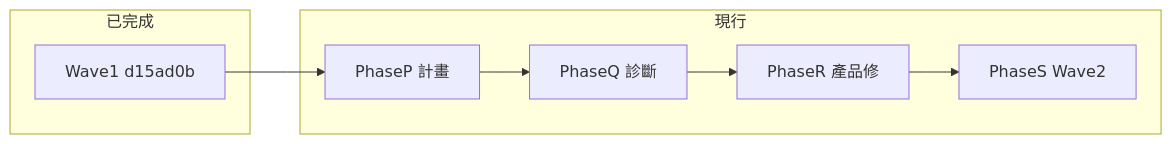
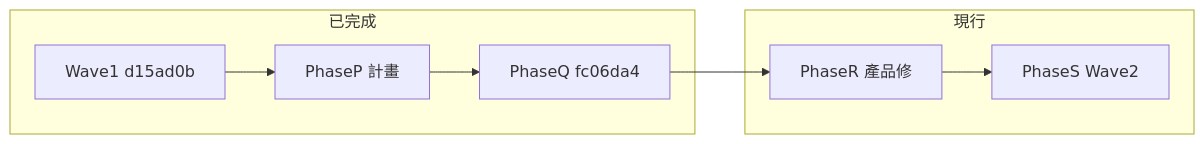
One commit to kratoswrathful-wy/talk-hanzi-joy changed the diagram in docs/CAT_EDITOR_NAV_PHASE_2_3Q_PLAYWRIGHT_PLAN.md. Above: the diagram before and after it, drawn with Mermaid. The commit also changed other lines of this file and 2 other files, not shown here.

First line of the commit message:
docs(cat-nav): 同步 Phase Q 結論與 Phase R 驗收門檻

````diff
--- a/docs/CAT_EDITOR_NAV_PHASE_2_3Q_PLAYWRIGHT_PLAN.md
+++ b/docs/CAT_EDITOR_NAV_PHASE_2_3Q_PLAYWRIGHT_PLAN.md
@@ -598,13 +598,13 @@
 ```mermaid
 flowchart LR
   subgraph done [已完成]
     W1[Wave1 d15ad0b]
+    P[PhaseP 計畫]
+    Q[PhaseQ fc06da4]
   end
   subgraph next [現行]
-    P[PhaseP 計畫]
-    Q[PhaseQ 診斷]
     R[PhaseR 產品修]
     S[PhaseS Wave2]
   end
   W1 --> P --> Q --> R --> S
 ```
````
